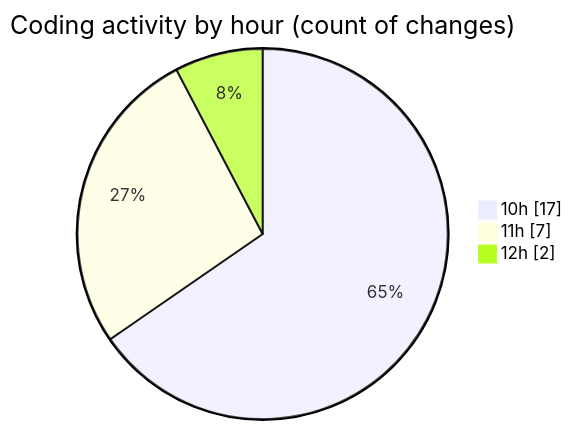
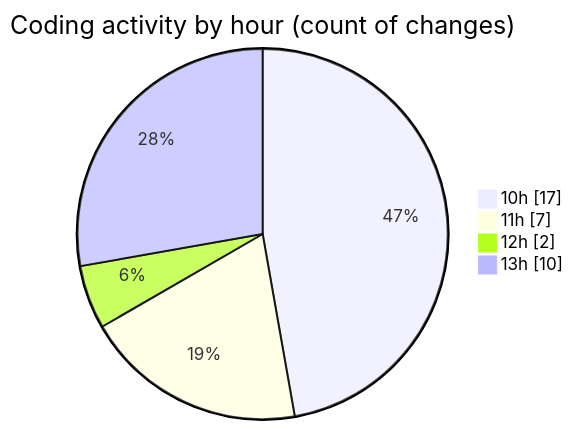
One commit to momahboobian/code-tracking changed the second of 2 diagrams in 2026-03-02/cda/README.md. Above: the diagram before and after it, drawn with Mermaid. The commit also changed other lines of this file and 1 other file, not shown here.

````diff
--- a/2026-03-02/cda/README.md
+++ b/2026-03-02/cda/README.md
@@ -32,7 +37,8 @@
 ```mermaid
 pie showData
 title Coding activity by hour (count of changes)
 "10h" : 17
 "11h" : 7
 "12h" : 2
+"13h" : 10
 ```
````
